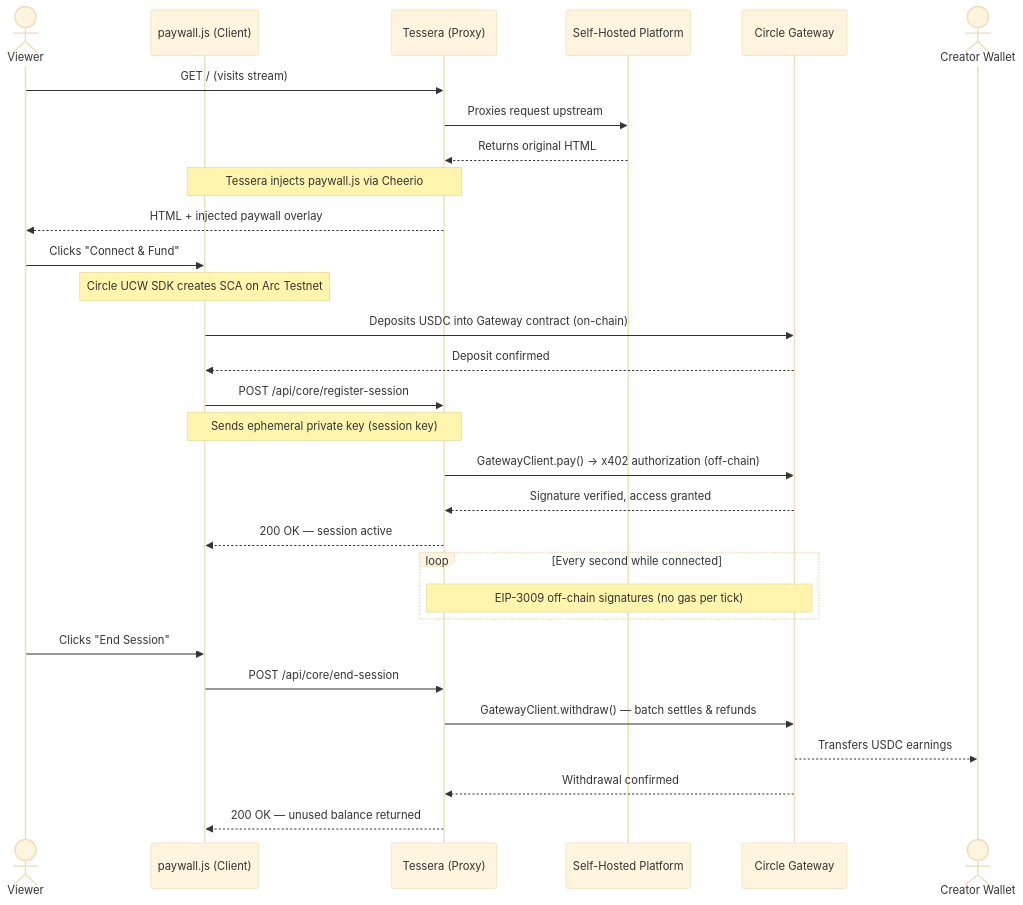
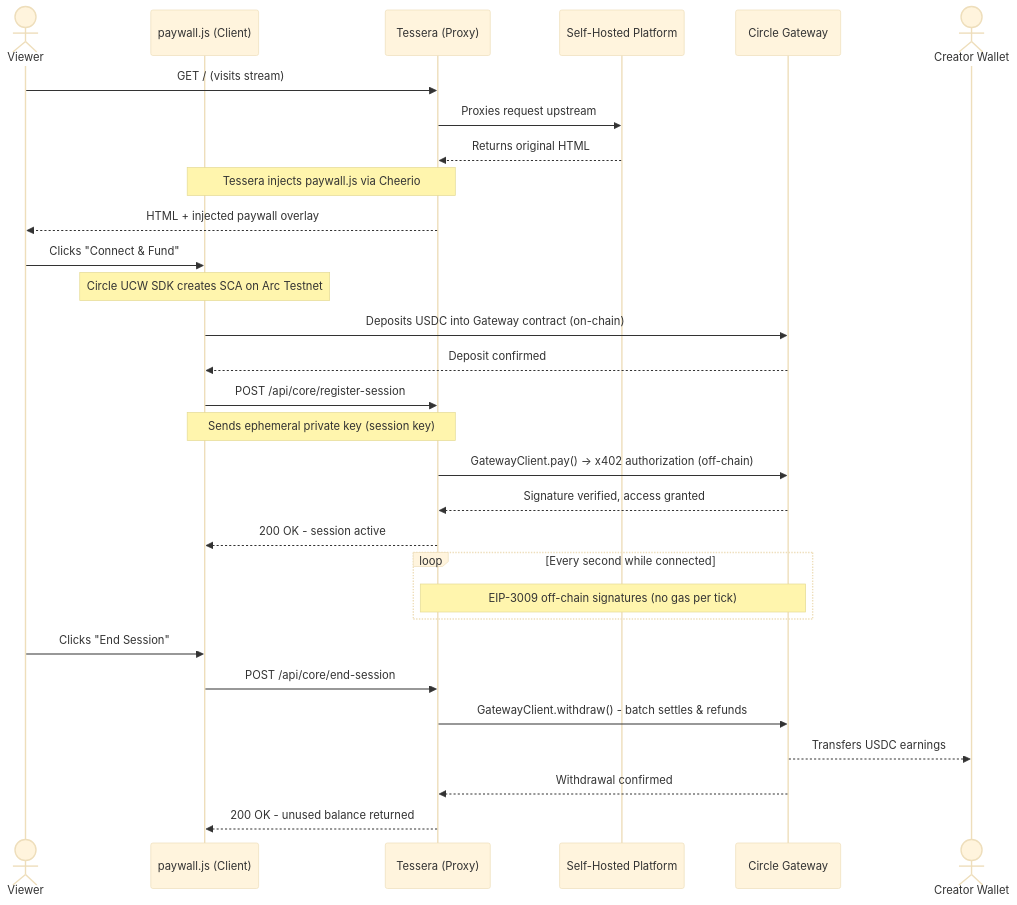
The second of 2 diagrams in docs/index.md (JaDi03/-Arc-Cashier), drawn with Mermaid (base theme) before and after one commit. The commit also changed other lines of this file and 14 other files, not shown here.

````diff
--- a/docs/index.md
+++ b/docs/index.md
@@ -86,42 +86,42 @@
 ```mermaid
 sequenceDiagram
     actor Viewer as Viewer
     participant Browser as paywall.js (Client)
     participant Tessera as Tessera (Proxy)
     participant Platform as Self-Hosted Platform
     participant Gateway as Circle Gateway
     actor Creator as Creator Wallet
 
     %% 1. Initial Load & HTML Injection
     Viewer->>Tessera: GET / (visits stream)
     Tessera->>Platform: Proxies request upstream
     Platform-->>Tessera: Returns original HTML
     Note over Tessera,Browser: Tessera injects paywall.js via Cheerio
     Tessera-->>Viewer: HTML + injected paywall overlay
 
     %% 2. Wallet setup & deposit
     Viewer->>Browser: Clicks "Connect & Fund"
     Note over Browser: Circle UCW SDK creates SCA on Arc Testnet
     Browser->>Gateway: Deposits USDC into Gateway contract (on-chain)
     Gateway-->>Browser: Deposit confirmed
 
     %% 3. Session registration
     Browser->>Tessera: POST /api/core/register-session
     Note over Browser,Tessera: Sends ephemeral private key (session key)
     Tessera->>Gateway: GatewayClient.pay() → x402 authorization (off-chain)
     Gateway-->>Tessera: Signature verified, access granted
-    Tessera-->>Browser: 200 OK — session active
+    Tessera-->>Browser: 200 OK - session active
 
     %% 4. Per-second billing (off-chain)
     loop Every second while connected
         Note over Tessera,Gateway: EIP-3009 off-chain signatures (no gas per tick)
     end
 
     %% 5. End session & refund
     Viewer->>Browser: Clicks "End Session"
     Browser->>Tessera: POST /api/core/end-session
-    Tessera->>Gateway: GatewayClient.withdraw() — batch settles & refunds
+    Tessera->>Gateway: GatewayClient.withdraw() - batch settles & refunds
     Gateway-->>Creator: Transfers USDC earnings
     Gateway-->>Tessera: Withdrawal confirmed
-    Tessera-->>Browser: 200 OK — unused balance returned
+    Tessera-->>Browser: 200 OK - unused balance returned
 ```
````
